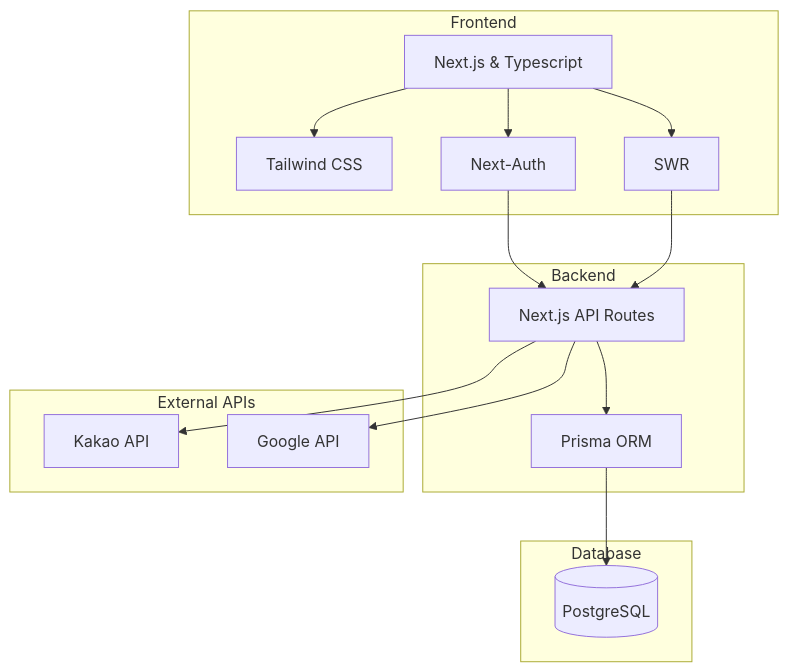
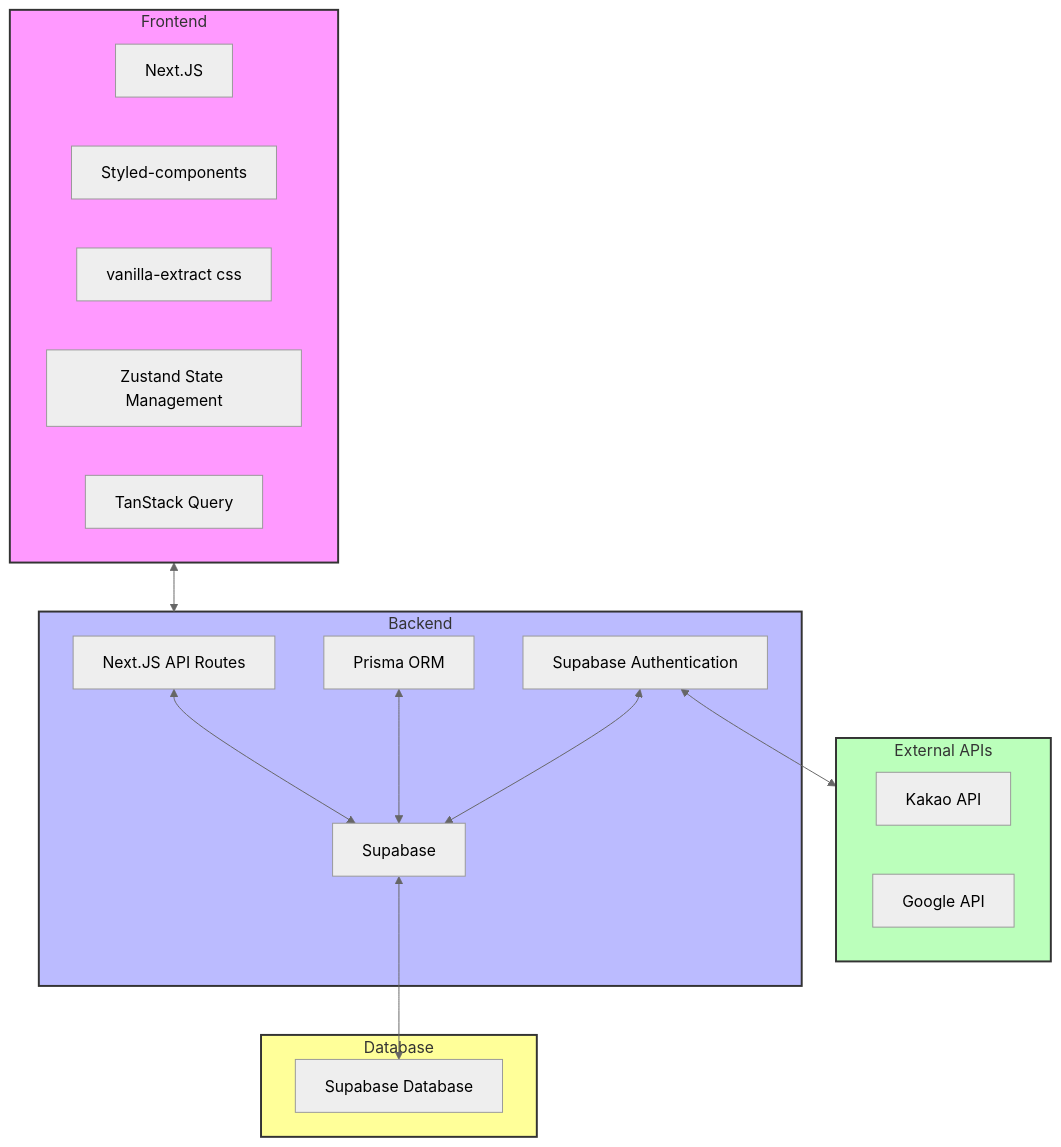
One commit to flip-404/cbrconnects changed the diagram in README.md. Above: the diagram before and after it, drawn with Mermaid. The commit also changed other lines of this file, not shown here.

````diff
--- a/README.md
+++ b/README.md
@@ -18,28 +19,40 @@
 ```mermaid
-graph TD
-    subgraph Frontend
-        A[Next.js & Typescript] --> B[Tailwind CSS]
-        A --> C[Next-Auth]
-        A --> D[SWR]
+%%{init: {'theme': 'neutral'}}%%
+flowchart TD
+    subgraph Frontend["Frontend"]
+        NextJS[Next.JS]
+        StyledComp[Styled-components]
+        VanillaCSS[vanilla-extract css]
+        Zustand[Zustand State Management]
+        TanStackQuery[TanStack Query]
     end
 
-    subgraph Backend
-        E[Next.js API Routes]
-        E --> F[Prisma ORM]
+    subgraph Backend["Backend"]
+        NextAPIRoutes[Next.JS API Routes]
+        Supabase[Supabase]
+        Prisma[Prisma ORM]
+        SupabaseAuth[Supabase Authentication]
     end
 
-    subgraph External APIs
-        G[Kakao API]
-        H[Google API]
+    subgraph ExternalAPIs["External APIs"]
+        KakaoAPI[Kakao API]
+        GoogleAPI[Google API]
     end
 
-    subgraph Database
-        I[(PostgreSQL)]
+    subgraph Database["Database"]
+        SupabaseDB[Supabase Database]
     end
 
-    C --> E
-    D --> E
-    F --> I
-    E --> G
-    E --> H
+    Frontend <--> Backend
+    NextAPIRoutes <--> Supabase
+    Supabase <--> SupabaseDB
+    Prisma <--> Supabase
+    SupabaseAuth <--> Supabase
+
+    SupabaseAuth <--> ExternalAPIs
+
+    style Frontend fill:#f9f,stroke:#333,stroke-width:2px
+    style Backend fill:#bbf,stroke:#333,stroke-width:2px
+    style ExternalAPIs fill:#bfb,stroke:#333,stroke-width:2px
+    style Database fill:#ff9,stroke:#333,stroke-width:2px
 ```
````
